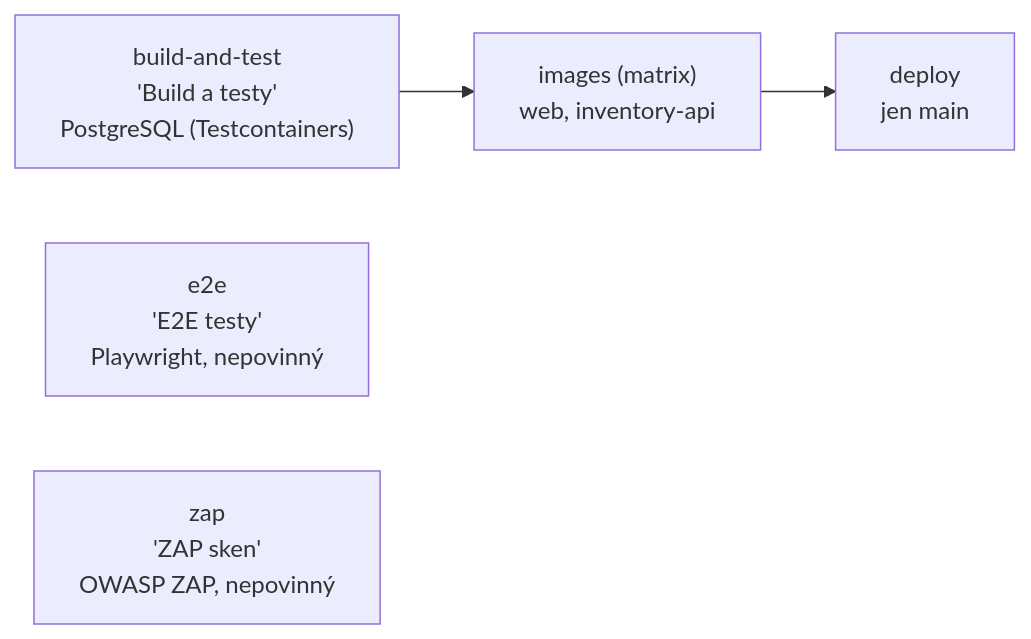
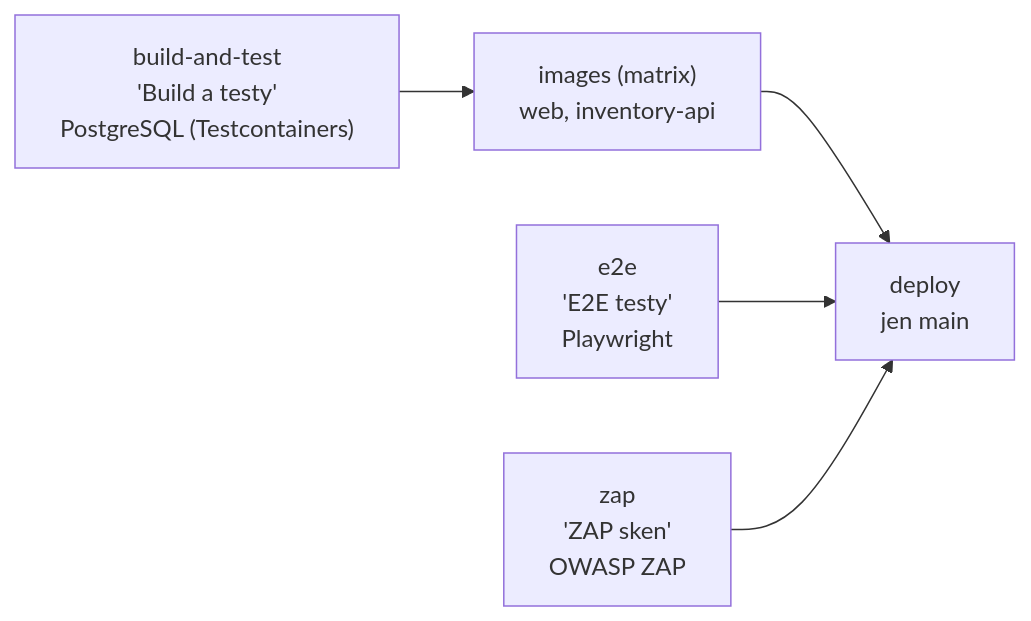
One commit to ftichy/MiniShop changed the diagram in docs/prirucka/github/ci.md. Above: the diagram before and after it, drawn with Mermaid. The commit also changed other lines of this file and 4 other files, not shown here.

````diff
--- a/docs/prirucka/github/ci.md
+++ b/docs/prirucka/github/ci.md
@@ -14,9 +14,9 @@
 ```mermaid
 flowchart LR
     t["build-and-test<br/>'Build a testy'<br/>PostgreSQL (Testcontainers)"] --> i["images (matrix)<br/>web, inventory-api"]
     i --> d["deploy<br/>jen main"]
-    e["e2e<br/>'E2E testy'<br/>Playwright, nepovinný"]
-    z["zap<br/>'ZAP sken'<br/>OWASP ZAP, nepovinný"]
+    e["e2e<br/>'E2E testy'<br/>Playwright"] --> d
+    z["zap<br/>'ZAP sken'<br/>OWASP ZAP"] --> d
 
     click d "/Docs/github/cd"
 ```
````
